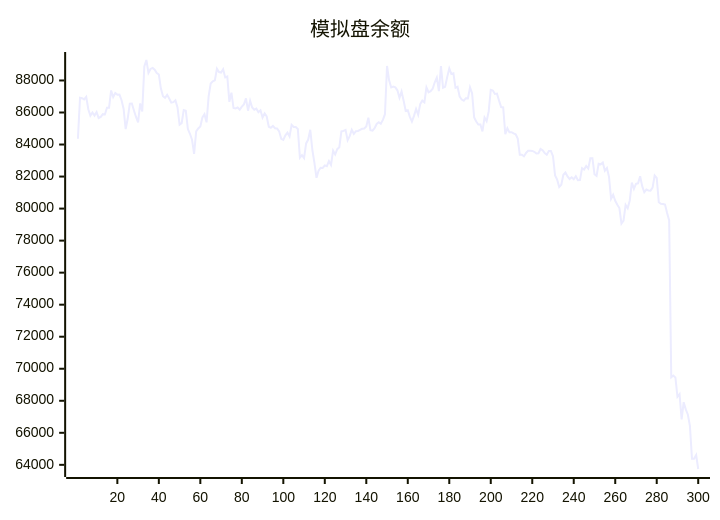
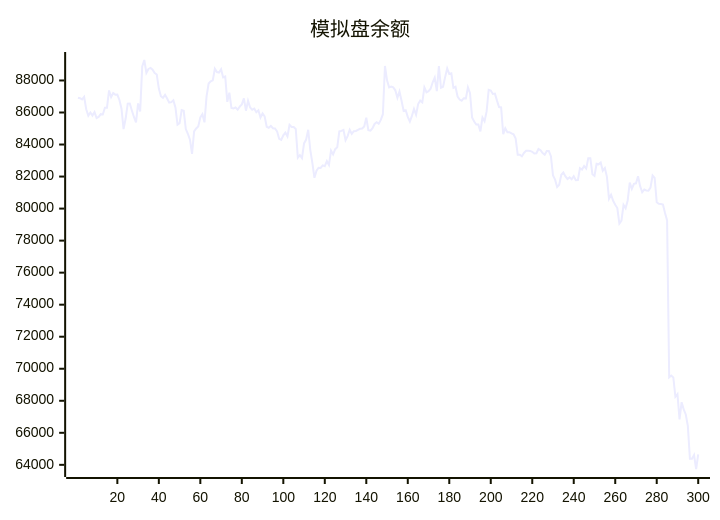
Before and after one commit to aahl/ai-trading: the diagram in README.md, drawn with Mermaid. The commit also changed other lines of this file and 1 other file, not shown here.

````diff
--- a/README.md
+++ b/README.md
@@ -5,5 +5,5 @@
 ```mermaid
 xychart
     title "模拟盘余额"
-    line [84359,86925,86892,86814,86980,86203,85802,86003,85811,86028,85657,85721,85896,85880,86300,86299,87378,86965,87214,87115,87118,86780,86238,84966,85623,86555,86562,86129,85722,85387,86569,86070,88870,89278,88477,88720,88781,88668,88467,88372,87493,87018,86917,87102,86870,86613,86644,86758,86317,85242,85334,86149,86106,84968,84671,84302,83410,84816,85001,85127,85693,85891,85384,87001,87811,87945,88007,88734,88528,88495,88705,88189,88248,86662,87234,86279,86251,86314,86177,86364,86503,86886,86114,86731,86310,86176,86240,86017,86136,85685,85938,85749,85111,85044,85164,85016,85008,84824,84354,84287,84572,84745,84500,85234,85096,85095,84970,83180,83338,83157,84070,84309,84922,83667,82850,81924,82369,82552,82539,82695,82648,82962,82728,83619,83378,83710,83825,84819,84854,84917,84265,84527,84919,84668,84834,84850,84916,84981,85004,85131,85674,84891,84864,85019,85284,85393,85294,85538,85894,88904,88012,87567,87625,87568,87386,86920,87313,86737,86094,86143,85725,85437,85787,86219,85859,86526,86740,86630,87563,87264,87335,87483,87886,88180,87335,88894,87544,87608,88207,88755,88401,88444,87543,87608,87000,86810,86740,86894,86884,87576,87209,85686,85435,85251,85255,84820,85689,85453,86066,87420,87373,87161,87178,86740,86341,86315,84643,85012,84772,84768,84690,84635,84376,83360,83357,83259,83474,83608,83606,83602,83548,83440,83454,83724,83644,83464,83365,83590,83592,83275,82072,81806,81344,81492,82109,82254,82006,81848,81955,81829,82022,81769,81776,82522,82441,82656,82498,83144,83144,82150,82038,82797,82763,82872,82367,82536,81981,80612,80862,80484,80242,80034,79063,79245,80226,80016,80507,81625,81233,81544,81578,82016,81401,81019,81186,81130,81118,81306,82066,81909,80392,80304,80291,80258,79729,79261,69466,69579,69456,68251,68415,66832,67911,67462,67144,66432,64380,64375,64606,63740]
+    line [86925,86892,86814,86980,86203,85802,86003,85811,86028,85657,85721,85896,85880,86300,86299,87378,86965,87214,87115,87118,86780,86238,84966,85623,86555,86562,86129,85722,85387,86569,86070,88870,89278,88477,88720,88781,88668,88467,88372,87493,87018,86917,87102,86870,86613,86644,86758,86317,85242,85334,86149,86106,84968,84671,84302,83410,84816,85001,85127,85693,85891,85384,87001,87811,87945,88007,88734,88528,88495,88705,88189,88248,86662,87234,86279,86251,86314,86177,86364,86503,86886,86114,86731,86310,86176,86240,86017,86136,85685,85938,85749,85111,85044,85164,85016,85008,84824,84354,84287,84572,84745,84500,85234,85096,85095,84970,83180,83338,83157,84070,84309,84922,83667,82850,81924,82369,82552,82539,82695,82648,82962,82728,83619,83378,83710,83825,84819,84854,84917,84265,84527,84919,84668,84834,84850,84916,84981,85004,85131,85674,84891,84864,85019,85284,85393,85294,85538,85894,88904,88012,87567,87625,87568,87386,86920,87313,86737,86094,86143,85725,85437,85787,86219,85859,86526,86740,86630,87563,87264,87335,87483,87886,88180,87335,88894,87544,87608,88207,88755,88401,88444,87543,87608,87000,86810,86740,86894,86884,87576,87209,85686,85435,85251,85255,84820,85689,85453,86066,87420,87373,87161,87178,86740,86341,86315,84643,85012,84772,84768,84690,84635,84376,83360,83357,83259,83474,83608,83606,83602,83548,83440,83454,83724,83644,83464,83365,83590,83592,83275,82072,81806,81344,81492,82109,82254,82006,81848,81955,81829,82022,81769,81776,82522,82441,82656,82498,83144,83144,82150,82038,82797,82763,82872,82367,82536,81981,80612,80862,80484,80242,80034,79063,79245,80226,80016,80507,81625,81233,81544,81578,82016,81401,81019,81186,81130,81118,81306,82066,81909,80392,80304,80291,80258,79729,79261,69466,69579,69456,68251,68415,66832,67911,67462,67144,66432,64380,64375,64606,63740,64647]
 ```
````
